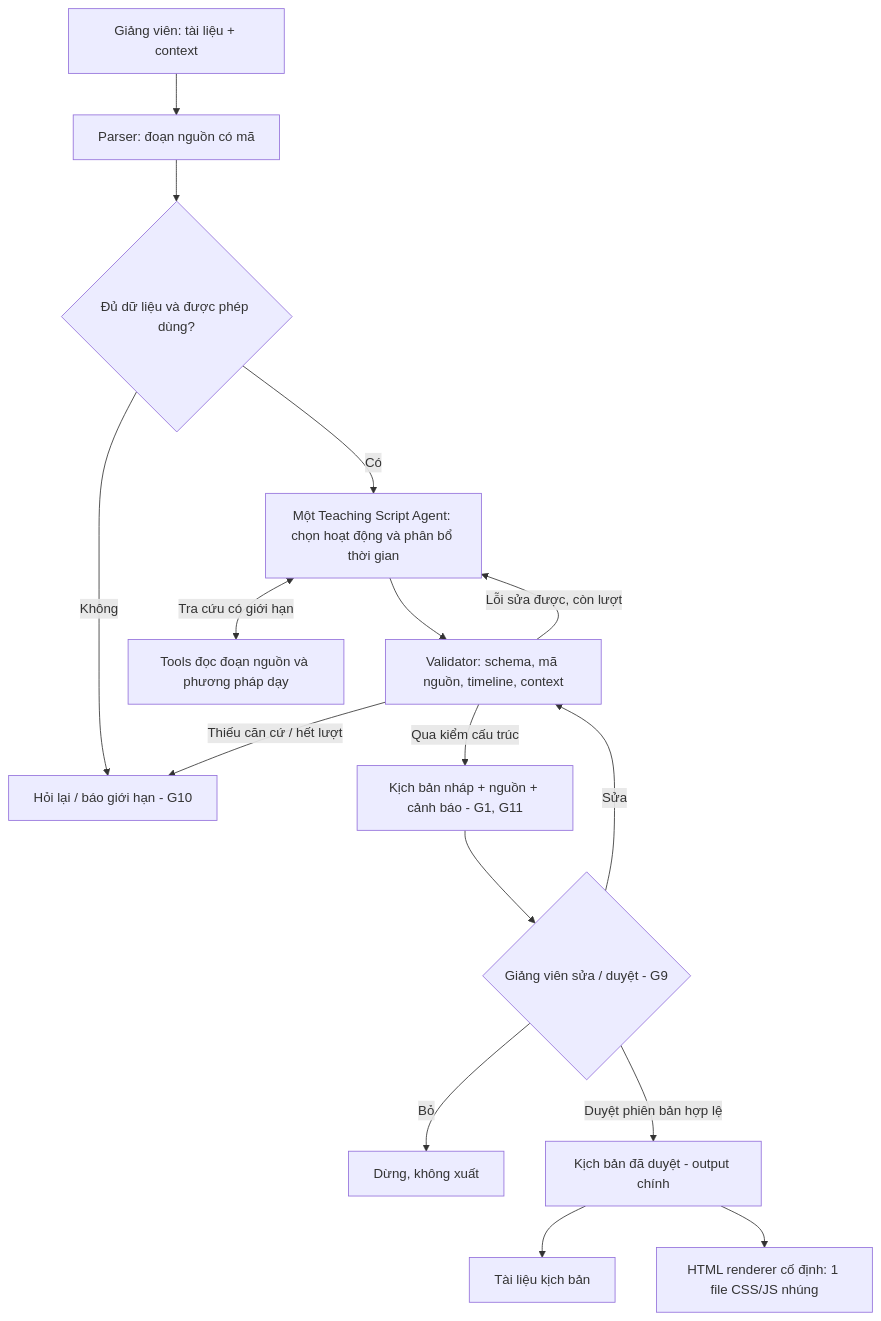
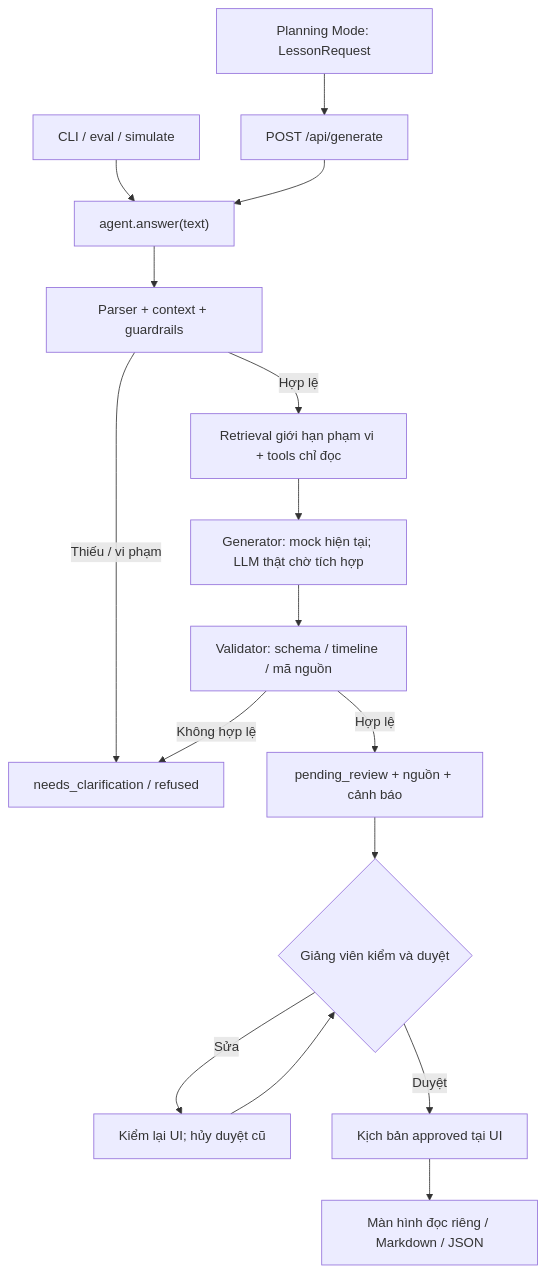
Before and after one commit to killy-mv/K5-Day15-L3A-MDDB: the diagram in spec.md, drawn with Mermaid. The commit also changed other lines of this file and 11 other files, not shown here.

````diff
--- a/spec.md
+++ b/spec.md
@@ -52,18 +82,18 @@
 ```mermaid
 flowchart TD
-    A["Giảng viên: tài liệu + context"] --> B["Parser: đoạn nguồn có mã"]
-    B --> C{"Đủ dữ liệu và được phép dùng?"}
-    C -->|Không| Q["Hỏi lại / báo giới hạn - G10"]
-    C -->|Có| D["Một Teaching Script Agent: chọn hoạt động và phân bổ thời gian"]
-    D <-->|"Tra cứu có giới hạn"| T["Tools đọc đoạn nguồn và phương pháp dạy"]
-    D --> E["Validator: schema, mã nguồn, timeline, context"]
-    E -->|Lỗi sửa được, còn lượt| D
-    E -->|Thiếu căn cứ / hết lượt| Q
-    E -->|Qua kiểm cấu trúc| F["Kịch bản nháp + nguồn + cảnh báo - G1, G11"]
-    F --> G{"Giảng viên sửa / duyệt - G9"}
-    G -->|Sửa| E
-    G -->|Bỏ| H["Dừng, không xuất"]
-    G -->|Duyệt phiên bản hợp lệ| I["Kịch bản đã duyệt - output chính"]
-    I --> J["Tài liệu kịch bản"]
-    I --> K["HTML renderer cố định: 1 file CSS/JS nhúng"]
+    A["Planning Mode: LessonRequest"] --> B["POST /api/generate"]
+    X["CLI / eval / simulate"] --> C["agent.answer(text)"]
+    B --> C
+    C --> D["Parser + context + guardrails"]
+    D -->|Thiếu / vi phạm| Q["needs_clarification / refused"]
+    D -->|Hợp lệ| R["Retrieval giới hạn phạm vi + tools chỉ đọc"]
+    R --> M["Generator: mock hiện tại; LLM thật chờ tích hợp"]
+    M --> V["Validator: schema / timeline / mã nguồn"]
+    V -->|Không hợp lệ| Q
+    V -->|Hợp lệ| F["pending_review + nguồn + cảnh báo"]
+    F --> G{"Giảng viên kiểm và duyệt"}
+    G -->|Sửa| H["Kiểm lại UI; hủy duyệt cũ"]
+    H --> G
+    G -->|Duyệt| I["Kịch bản approved tại UI"]
+    I --> J["Màn hình đọc riêng / Markdown / JSON"]
 ```
````
